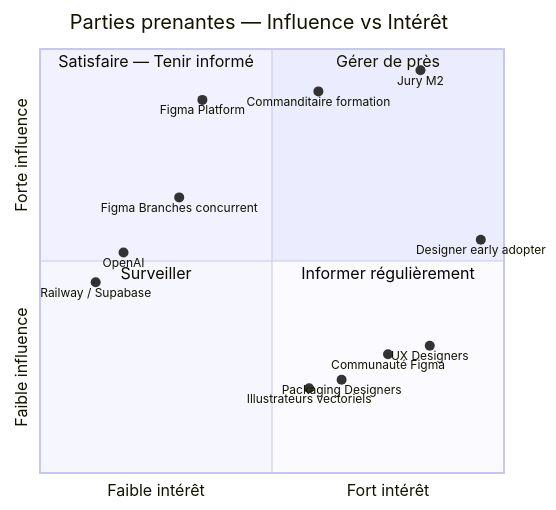
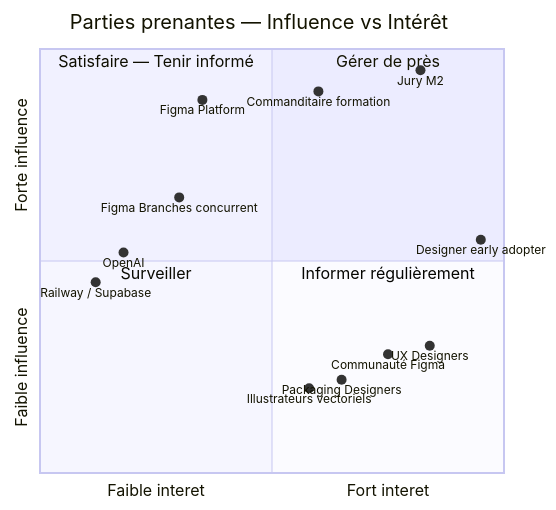
The first of 2 diagrams in docs/BC01/03-parties-prenantes.md (Hardi99/design-guardian), drawn with Mermaid before and after one commit. The commit also changed 3 other files, not shown here.

First line of the commit message:
fix(docs): remove accents and ampersand from Mermaid diagrams

````diff
--- a/docs/BC01/03-parties-prenantes.md
+++ b/docs/BC01/03-parties-prenantes.md
@@ -5,21 +5,21 @@
 ```mermaid
 quadrantChart
     title Parties prenantes — Influence vs Intérêt
-    x-axis Faible intérêt --> Fort intérêt
+    x-axis Faible interet --> Fort interet
     y-axis Faible influence --> Forte influence
     quadrant-1 Gérer de près
     quadrant-2 Satisfaire — Tenir informé
     quadrant-3 Surveiller
     quadrant-4 Informer régulièrement
     Jury M2: [0.82, 0.95]
     Commanditaire formation: [0.60, 0.90]
     Figma Platform: [0.35, 0.88]
     Designer early adopter: [0.95, 0.55]
     UX Designers: [0.84, 0.30]
     Communauté Figma: [0.75, 0.28]
     Packaging Designers: [0.65, 0.22]
     Illustrateurs vectoriels: [0.58, 0.20]
     OpenAI: [0.18, 0.52]
     Railway / Supabase: [0.12, 0.45]
     Figma Branches concurrent: [0.30, 0.65]
 ```
````
